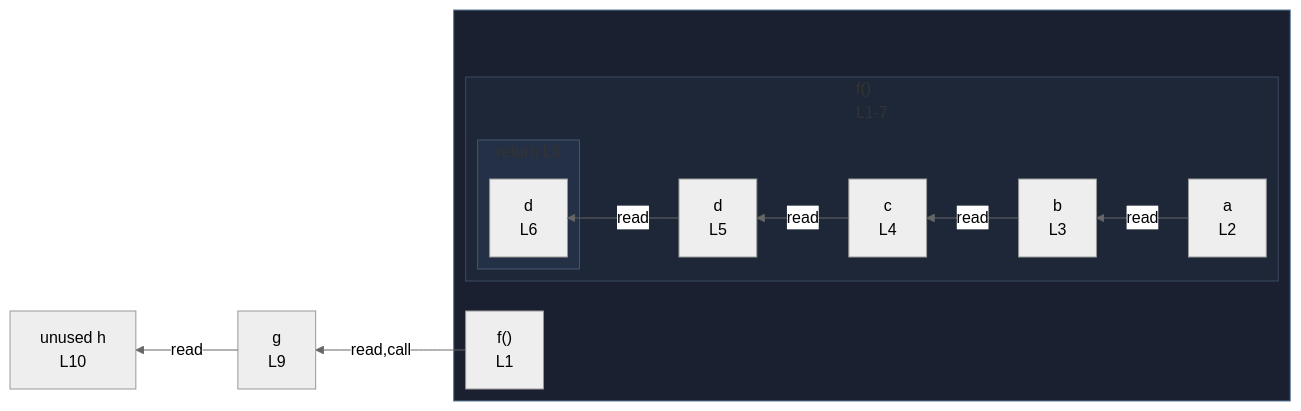
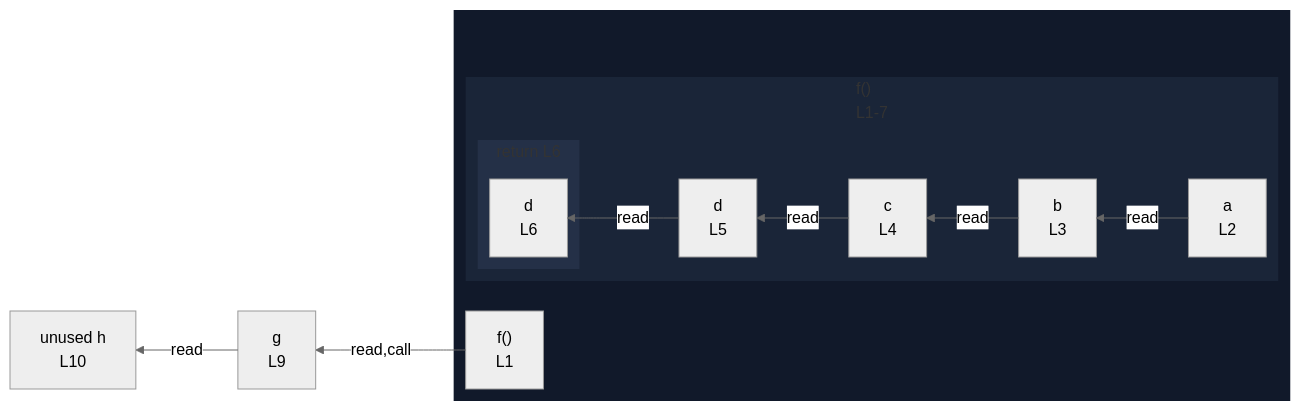
One commit to crescware/unsnarl changed the diagram in integration/fixtures/function/declaration/read-chain/preview.md. Above: the diagram before and after it, drawn with Mermaid (neutral theme). The commit also changed 263 other files, not shown here.

First line of the commit message:
Drop fnWrap class and color function wrappers via the nest palette

````diff
--- a/integration/fixtures/function/declaration/read-chain/preview.md
+++ b/integration/fixtures/function/declaration/read-chain/preview.md
@@ -20,33 +20,33 @@
 ```mermaid
 %%{init: {"flowchart": {"defaultRenderer": "elk"}}}%%
 flowchart RL
   n_scope_0_g_111["g<br/>L9"]
   n_scope_0_h_126["unused h<br/>L10"]
   subgraph wrap_s_scope_1[" "]
     direction TB
     n_scope_0_f_9["f()<br/>L1"]
     subgraph s_scope_1["f()<br/>L1-7"]
       direction RL
       n_scope_1_a_23["a<br/>L2"]
       n_scope_1_b_40["b<br/>L3"]
       n_scope_1_c_57["c<br/>L4"]
       n_scope_1_d_83["d<br/>L5"]
       subgraph s_return_scope_0_f_9_92_101["return L6"]
         direction RL
         ret_use_ref_7["d<br/>L6"]
       end
     end
   end
   n_scope_1_a_23 -->|read| n_scope_1_b_40
   n_scope_1_b_40 -->|read| n_scope_1_c_57
   n_scope_1_c_57 -->|read| n_scope_1_d_83
   n_scope_1_d_83 -->|read| ret_use_ref_7
   n_scope_0_f_9 -->|read,call| n_scope_0_g_111
   n_scope_0_g_111 -->|read| n_scope_0_h_126
-  classDef fnWrap fill:#1a2030,stroke:#5a7d99;
-  class wrap_s_scope_1 fnWrap;
-  classDef nestL1 fill:#1e2738,stroke:#3d4a63;
-  class s_scope_1 nestL1;
-  classDef nestL2 fill:#233045,stroke:#475670;
-  class s_return_scope_0_f_9_92_101 nestL2;
+  classDef nestL1 fill:#11192a,stroke:transparent;
+  class wrap_s_scope_1 nestL1;
+  classDef nestL2 fill:#1a2538,stroke:transparent;
+  class s_scope_1 nestL2;
+  classDef nestL3 fill:#243047,stroke:transparent;
+  class s_return_scope_0_f_9_92_101 nestL3;
 ```
````
